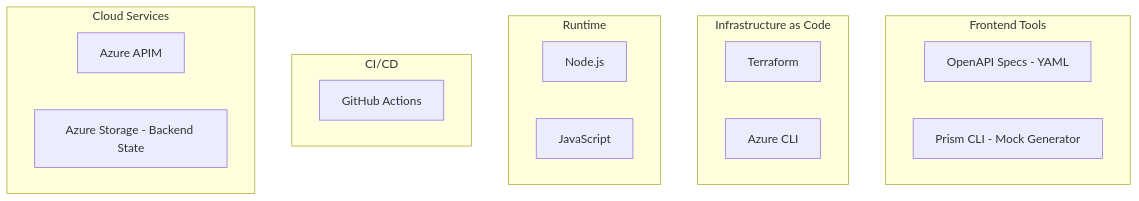
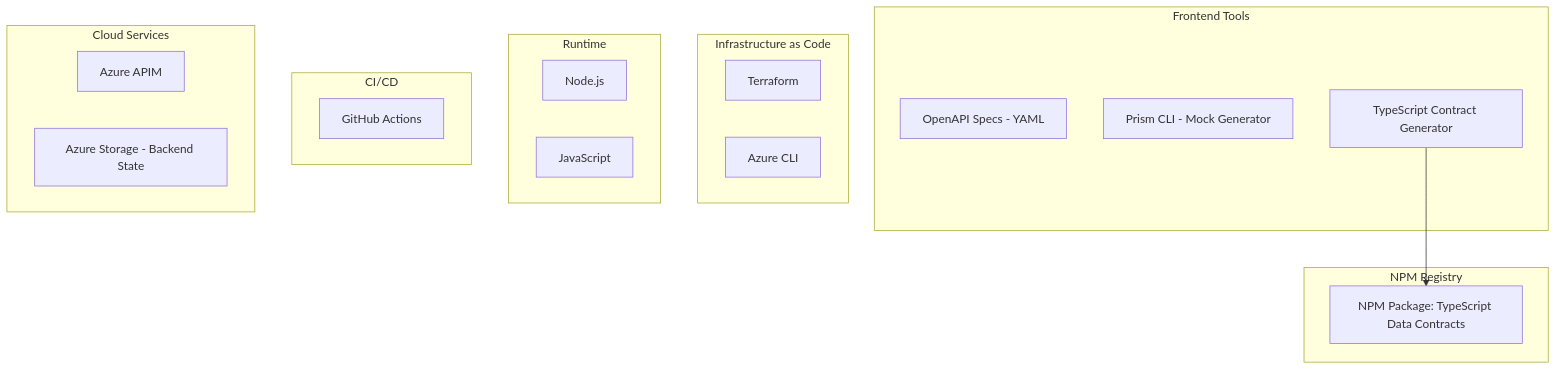
The diagram in docs/technology-stack.md (alighulamulhassan/poc-modern-engineering-with-data-contracts), drawn with Mermaid before and after one commit. The commit also changed 6 other files, not shown here.

````diff
--- a/docs/technology-stack.md
+++ b/docs/technology-stack.md
@@ -1,26 +1,33 @@
 ```mermaid
 graph TB
     subgraph "Frontend Tools"
         A[OpenAPI Specs - YAML]
         B[Prism CLI - Mock Generator]
+        J[TypeScript Contract Generator]
     end
     
     subgraph "Infrastructure as Code"
         C[Terraform]
         D[Azure CLI]
     end
     
     subgraph "Runtime"
         E[Node.js]
         F[JavaScript]
     end
     
     subgraph "CI/CD"
         G[GitHub Actions]
     end
     
     subgraph "Cloud Services"
         H[Azure APIM]
         I[Azure Storage - Backend State]
     end
+    
+    subgraph "NPM Registry"
+        K[NPM Package: TypeScript Data Contracts]
+    end
+    
+    J --> K
 ```
````
